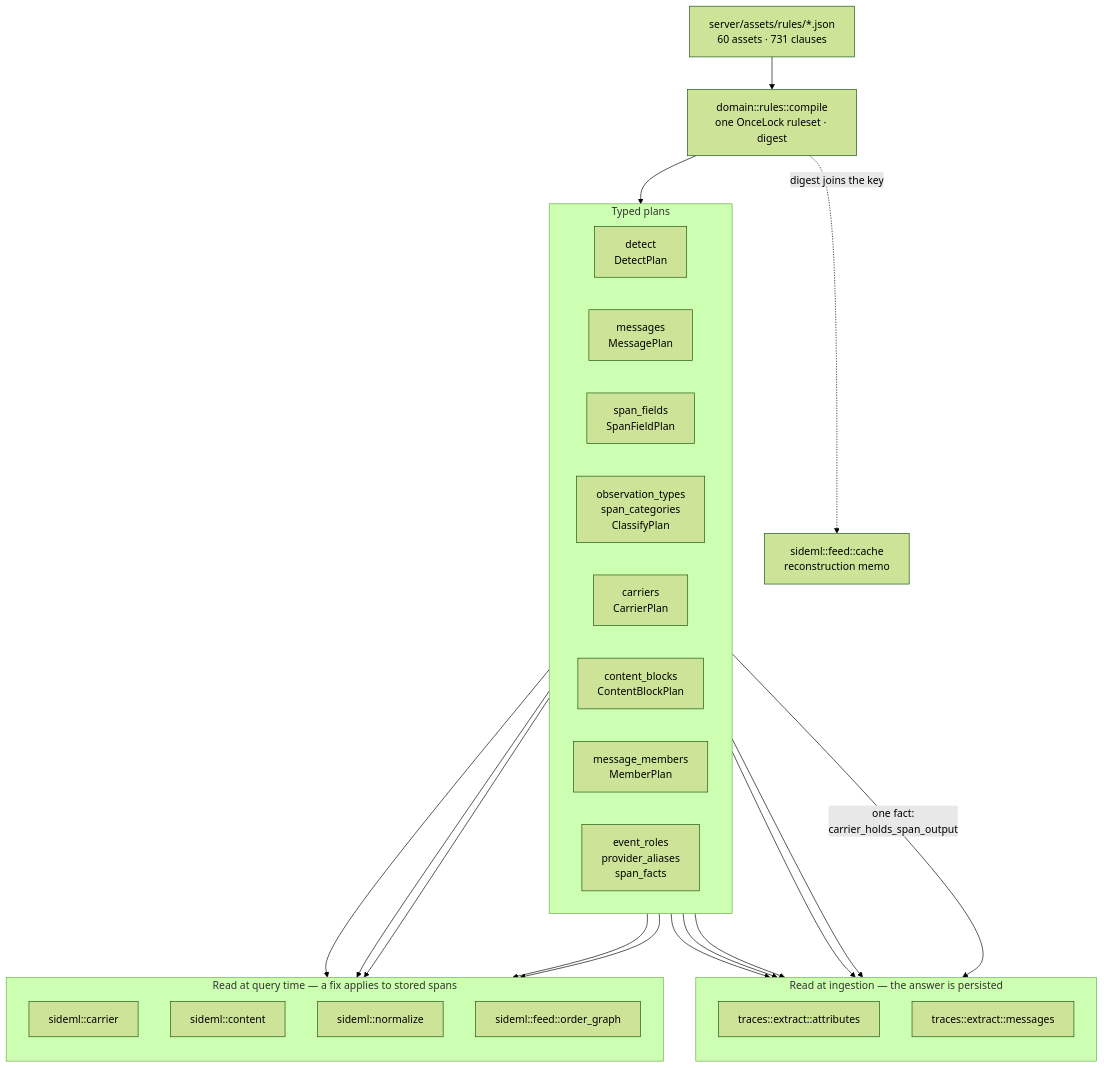
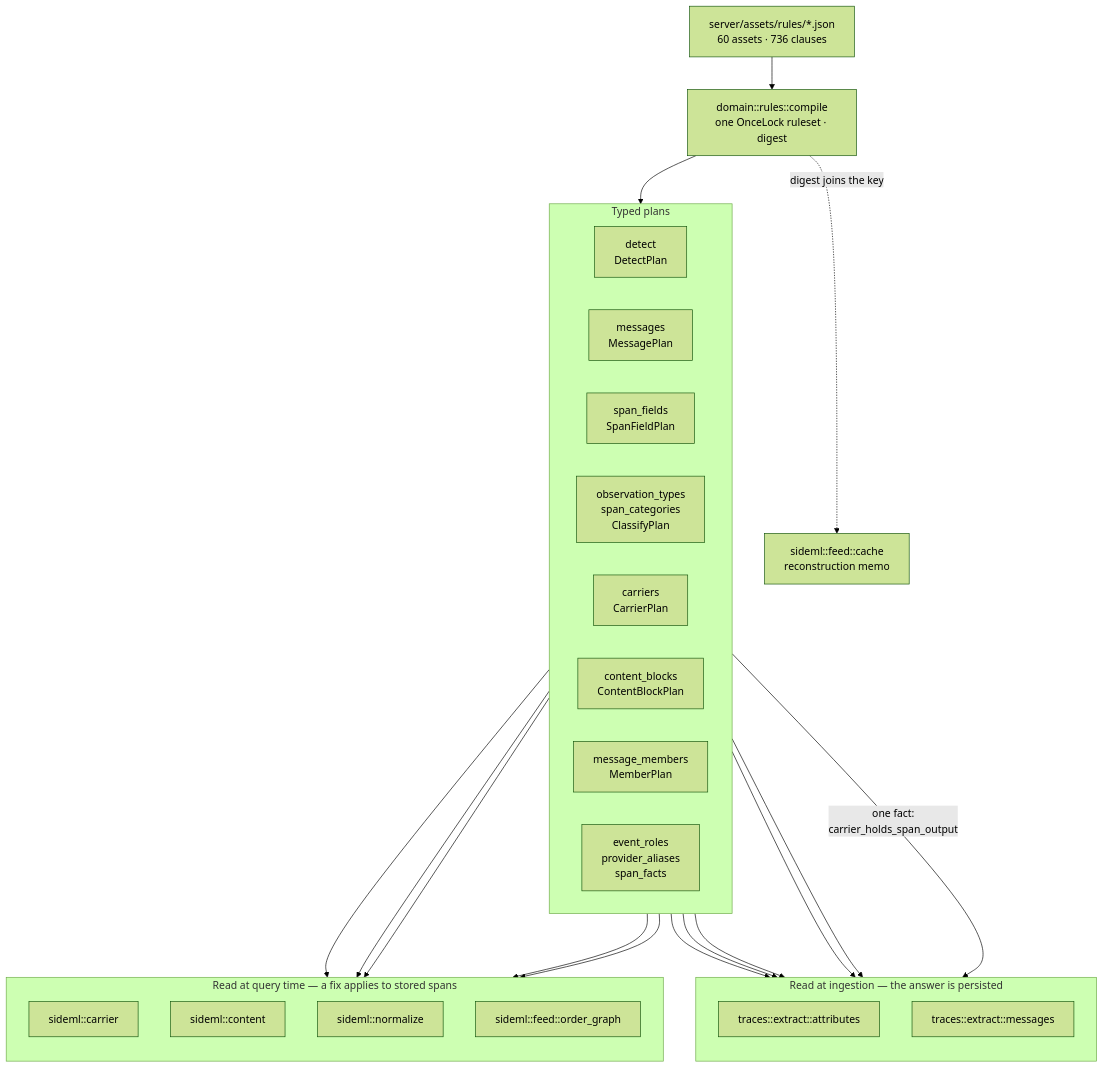
Before and after one commit to sideseat/sideseat: the first of 7 diagrams in docs/engineering/architecture-diagrams.md, drawn with Mermaid (forest theme). The commit also changed 8 other files, not shown here.

````diff
--- a/docs/engineering/architecture-diagrams.md
+++ b/docs/engineering/architecture-diagrams.md
@@ -18,47 +18,47 @@
 ```mermaid
 flowchart TB
-    assets["server/assets/rules/*.json<br/>60 assets · 731 clauses"]
+    assets["server/assets/rules/*.json<br/>60 assets · 736 clauses"]
     compile["domain::rules::compile<br/>one OnceLock ruleset · digest"]
     assets --> compile
 
     subgraph plans["Typed plans"]
         direction LR
         detect["detect<br/>DetectPlan"]
         messages["messages<br/>MessagePlan"]
         fields["span_fields<br/>SpanFieldPlan"]
         classify["observation_types<br/>span_categories<br/>ClassifyPlan"]
         carriers["carriers<br/>CarrierPlan"]
         blocks["content_blocks<br/>ContentBlockPlan"]
         members["message_members<br/>MemberPlan"]
         roles["event_roles<br/>provider_aliases<br/>span_facts"]
     end
     compile --> plans
 
     subgraph ingest["Read at ingestion — the answer is persisted"]
         direction TB
         attrs["traces::extract::attributes"]
         msgs["traces::extract::messages"]
     end
 
     subgraph query["Read at query time — a fix applies to stored spans"]
         direction TB
         carrier["sideml::carrier"]
         content["sideml::content"]
         normalize["sideml::normalize"]
         order["sideml::feed::order_graph"]
     end
 
     detect --> attrs
     fields --> attrs
     classify --> attrs
     roles --> attrs
     messages --> msgs
     carriers -->|"one fact:<br/>carrier_holds_span_output"| msgs
     carriers --> carrier
     carriers --> order
     blocks --> content
     members --> content
     roles --> normalize
 
     compile -. "digest joins the key" .-> cache["sideml::feed::cache<br/>reconstruction memo"]
 ```
````
